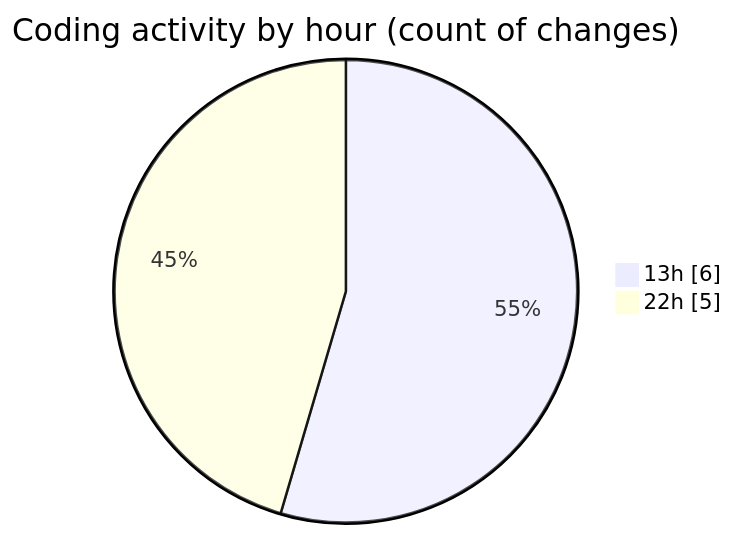
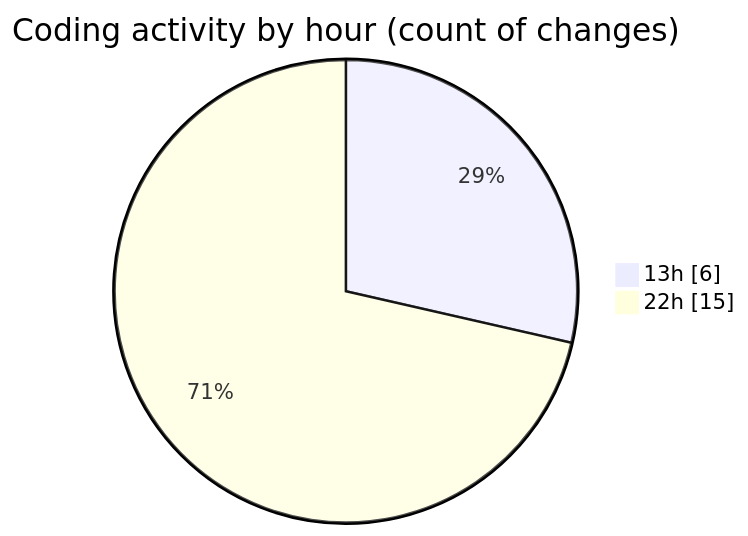
Before and after one commit to lephambinh05/code-tracking: the second of 2 diagrams in 2025-09-02/quytuthien_vn/README.md, drawn with Mermaid. The commit also changed other lines of this file and 1 other file, not shown here.

````diff
--- a/2025-09-02/quytuthien_vn/README.md
+++ b/2025-09-02/quytuthien_vn/README.md
@@ -31,6 +35,6 @@
 ```mermaid
 pie showData
 title Coding activity by hour (count of changes)
 "13h" : 6
-"22h" : 5
+"22h" : 15
 ```
````
